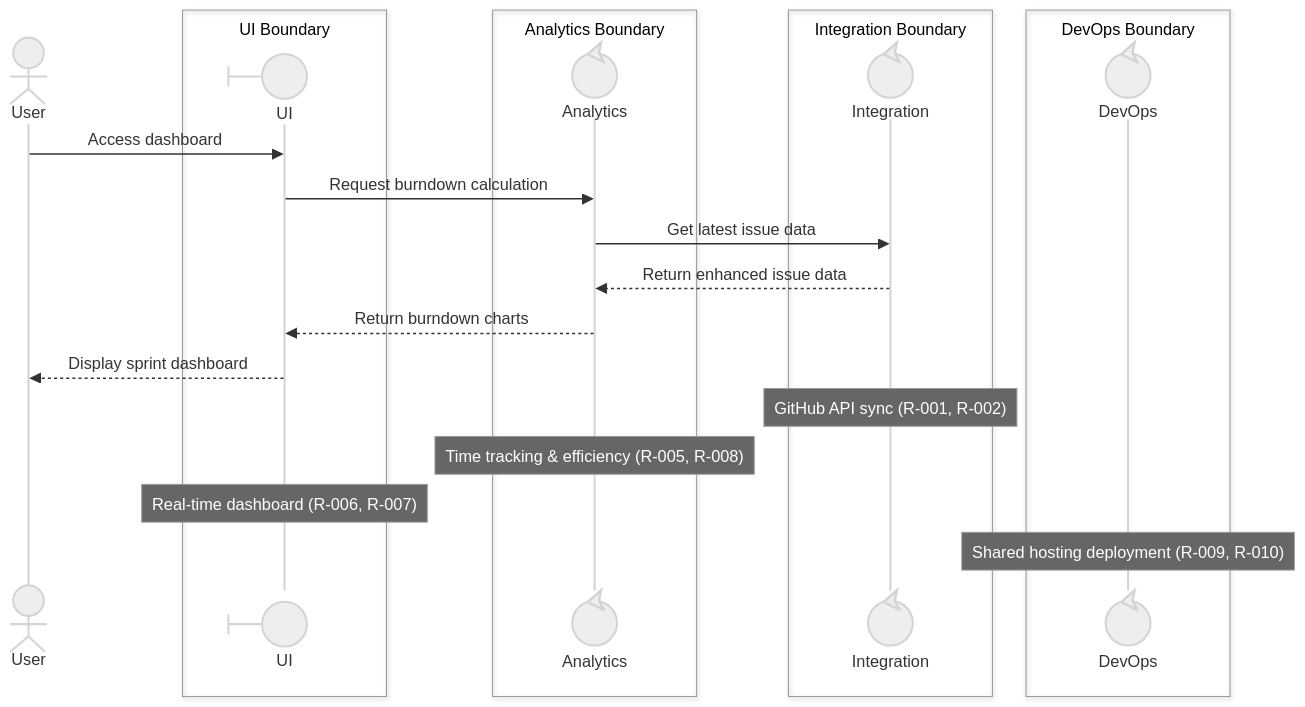
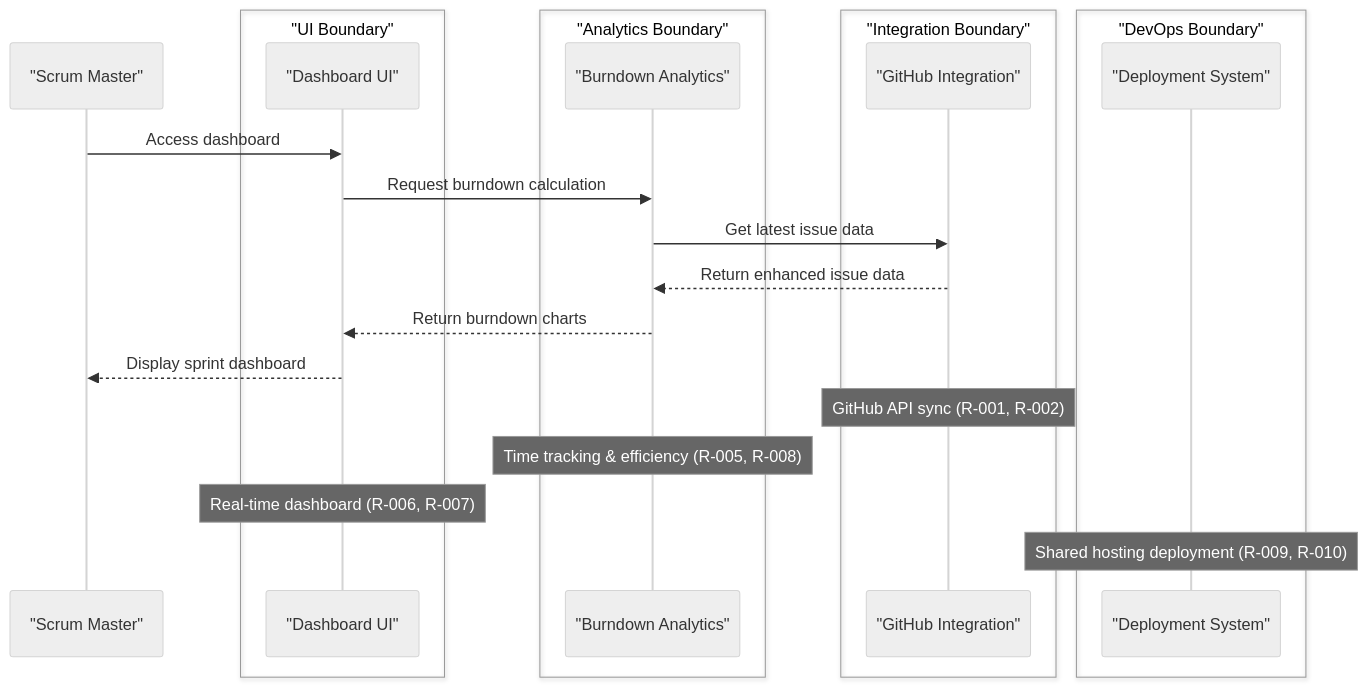
One commit to zhongadamwang/GitHubProjectAssistant changed the sixth of 8 diagrams in OrgDocument/projects/01 - Scrum master assistant/artifacts/Analysis/collaboration-diagrams.md. Above: the diagram before and after it, drawn with Mermaid (neutral theme). The commit also changed other lines of this file and 9 other files, not shown here.

Commit message:
Fix diagram errors

````diff
--- a/OrgDocument/projects/01 - Scrum master assistant/artifacts/Analysis/collaboration-diagrams.md
+++ b/OrgDocument/projects/01 - Scrum master assistant/artifacts/Analysis/collaboration-diagrams.md
@@ -213,32 +213,33 @@
 ```mermaid
 sequenceDiagram
-    participant User@{ "type": "actor", "label": "Scrum Master" }
+    %% Stereotypes: User=actor | UI=boundary | Analytics=control | Integration=control | DevOps=control
+    participant User as "Scrum Master"
     
-    box UI Boundary
-        participant UI@{ "type": "boundary", "label": "Dashboard UI" }
+    box "UI Boundary"
+        participant UI as "Dashboard UI"
     end
     
-    box Analytics Boundary  
-        participant Analytics@{ "type": "control", "label": "Burndown Analytics" }
+    box "Analytics Boundary"
+        participant Analytics as "Burndown Analytics"
     end
     
-    box Integration Boundary
-        participant Integration@{ "type": "control", "label": "GitHub Integration" }
+    box "Integration Boundary"
+        participant Integration as "GitHub Integration"
     end
     
-    box DevOps Boundary
-        participant DevOps@{ "type": "control", "label": "Deployment System" }
+    box "DevOps Boundary"
+        participant DevOps as "Deployment System"
     end
     
     User->>UI: Access dashboard
     UI->>Analytics: Request burndown calculation
     Analytics->>Integration: Get latest issue data
     Integration-->>Analytics: Return enhanced issue data
     Analytics-->>UI: Return burndown charts
     UI-->>User: Display sprint dashboard
     
     Note over Integration: GitHub API sync (R-001, R-002)
     Note over Analytics: Time tracking & efficiency (R-005, R-008) 
     Note over UI: Real-time dashboard (R-006, R-007)
     Note over DevOps: Shared hosting deployment (R-009, R-010)
 ```
````
